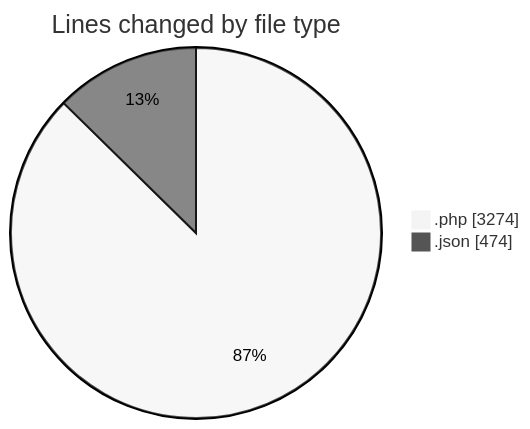
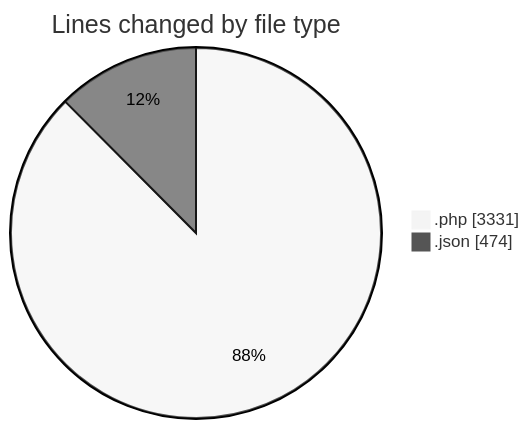
Before and after one commit to idhammustaqopulfikri/code-tracking: the first of 2 diagrams in 2025-06-22/studio-backend/README.md, drawn with Mermaid (neutral theme). The commit also changed other lines of this file and 1 other file, not shown here.

````diff
--- a/2025-06-22/studio-backend/README.md
+++ b/2025-06-22/studio-backend/README.md
@@ -30,6 +30,6 @@
 ```mermaid
 pie showData
 title Lines changed by file type
-".php" : 3274
+".php" : 3331
 ".json" : 474
 ```
````
